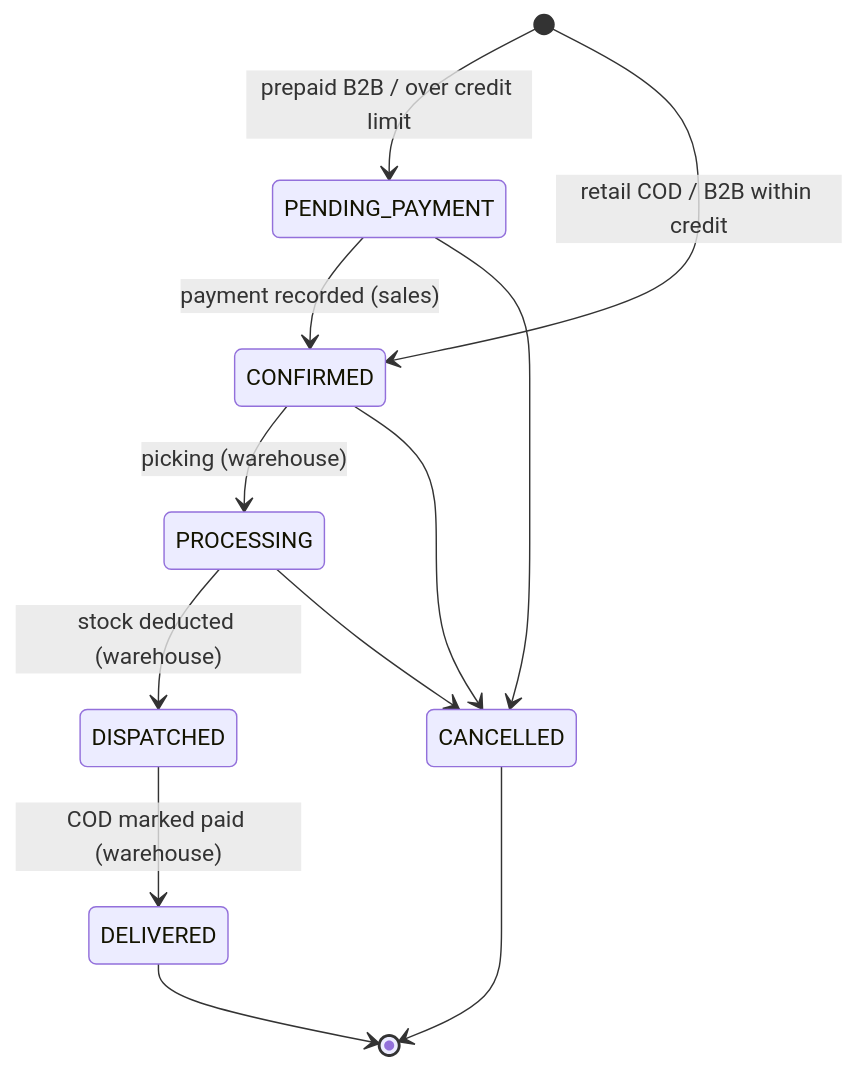
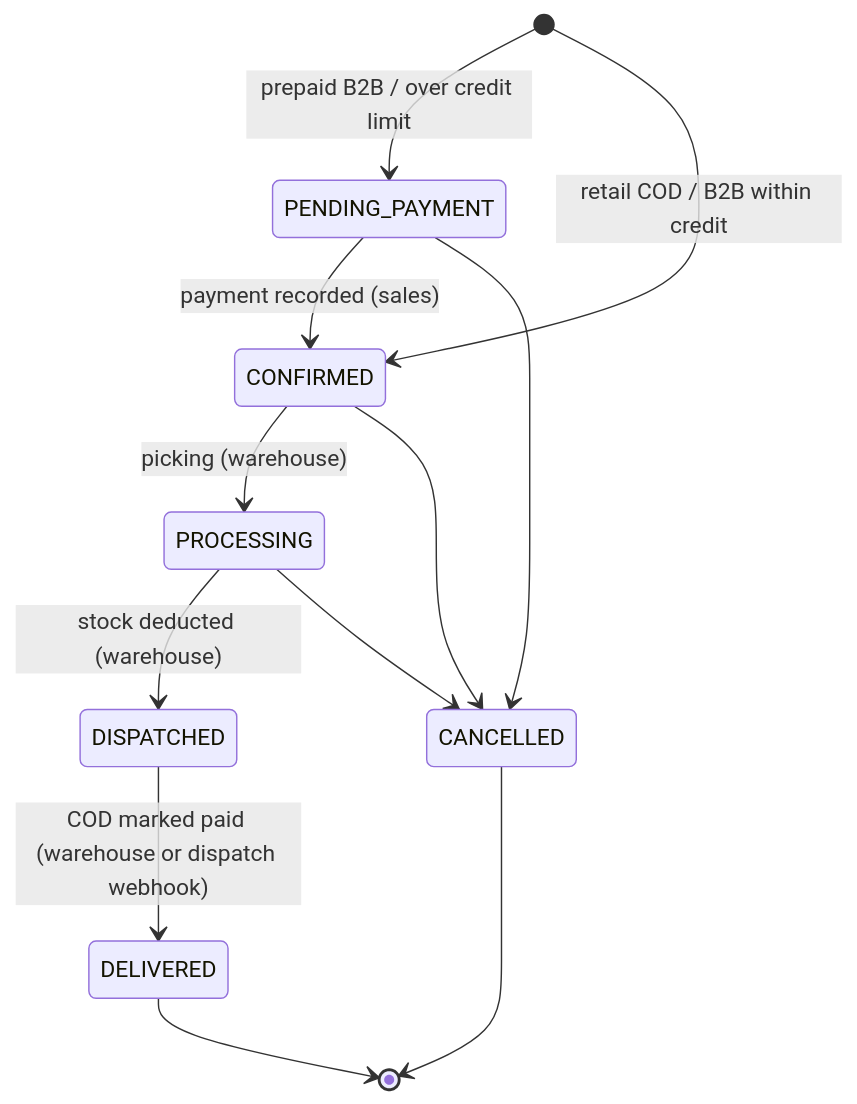
The fourth of 6 diagrams in docs/ARCHITECTURE.md (fasharif/topflow), drawn with Mermaid before and after one commit. The commit also changed other lines of this file and 3 other files, not shown here.

````diff
--- a/docs/ARCHITECTURE.md
+++ b/docs/ARCHITECTURE.md
@@ -117,14 +118,14 @@
 ```mermaid
 stateDiagram-v2
   [*] --> PENDING_PAYMENT: prepaid B2B / over credit limit
   [*] --> CONFIRMED: retail COD / B2B within credit
   PENDING_PAYMENT --> CONFIRMED: payment recorded (sales)
   CONFIRMED --> PROCESSING: picking (warehouse)
   PROCESSING --> DISPATCHED: stock deducted (warehouse)
-  DISPATCHED --> DELIVERED: COD marked paid (warehouse)
+  DISPATCHED --> DELIVERED: COD marked paid (warehouse or dispatch webhook)
   PENDING_PAYMENT --> CANCELLED
   CONFIRMED --> CANCELLED
   PROCESSING --> CANCELLED
   DELIVERED --> [*]
   CANCELLED --> [*]
 ```
````
